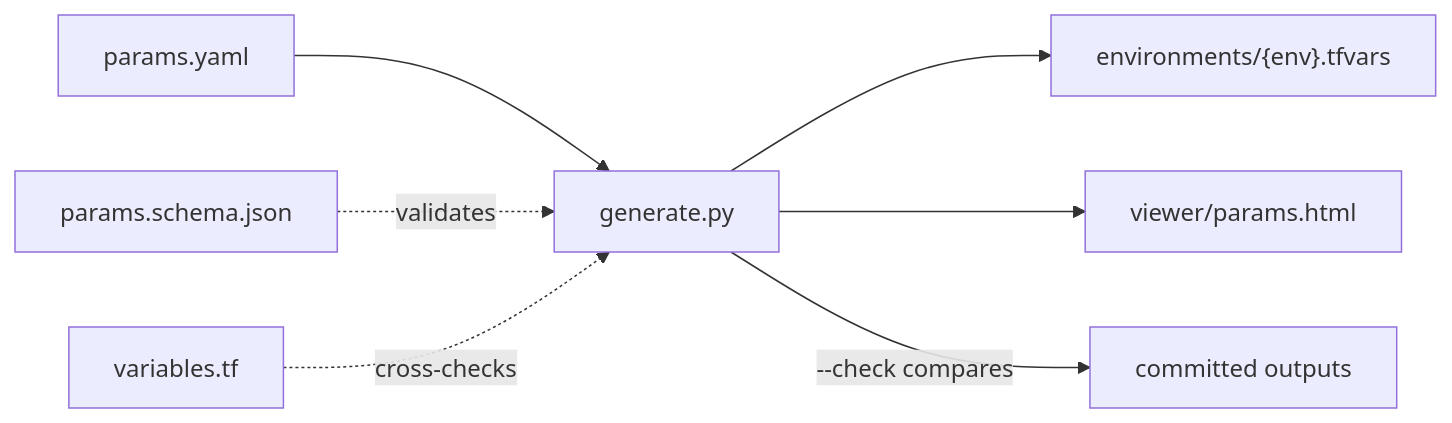
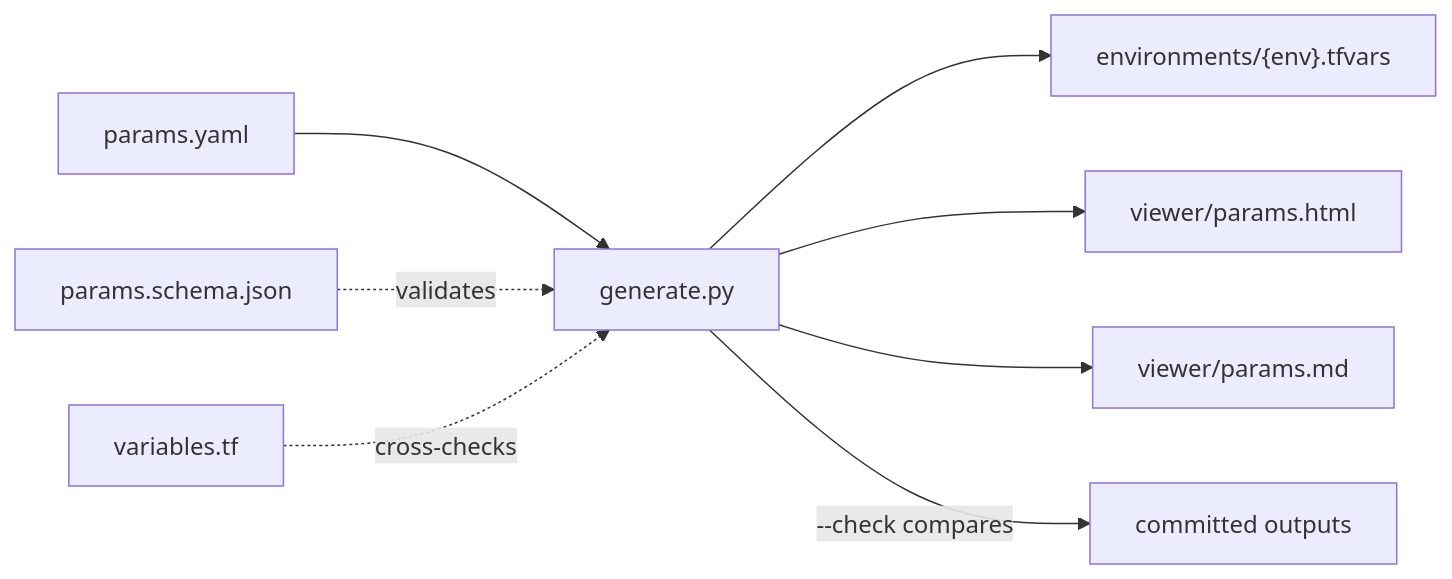
One commit to Yono1112/terraform-params-ssot changed the diagram in README.ja.md. Above: the diagram before and after it, drawn with Mermaid. The commit also changed other lines of this file and 8 other files, not shown here.

First line of the commit message:
Add Markdown viewer output (viewer/params.md, --md option) and fix HTML viewer sticky header

````diff
--- a/README.ja.md
+++ b/README.ja.md
@@ -19,9 +19,10 @@
 ```mermaid
 flowchart LR
     P["params.yaml"] --> G["generate.py"]
     S["params.schema.json"] -.->|"validates"| G
     V["variables.tf"] -.->|"cross-checks"| G
     G --> T["environments/{env}.tfvars"]
     G --> H["viewer/params.html"]
+    G --> M["viewer/params.md"]
     G -->|"--check compares"| C["committed outputs"]
 ```
````
